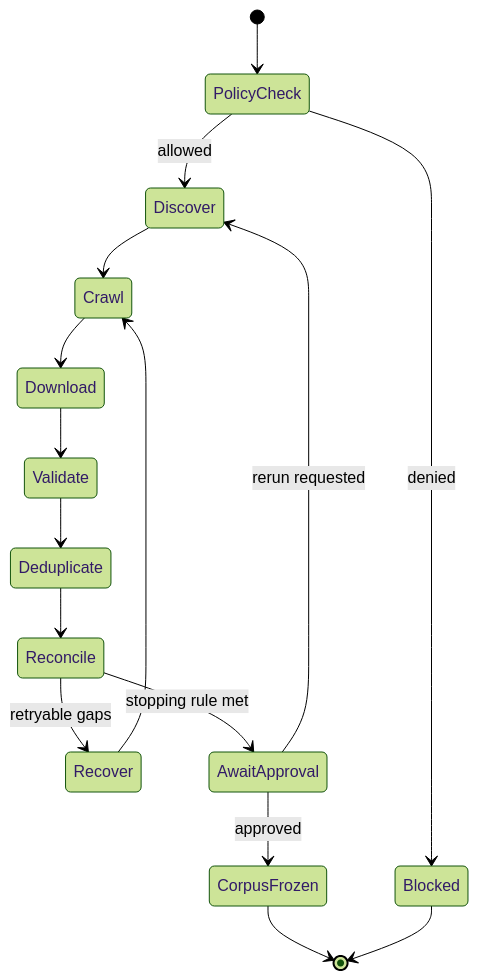
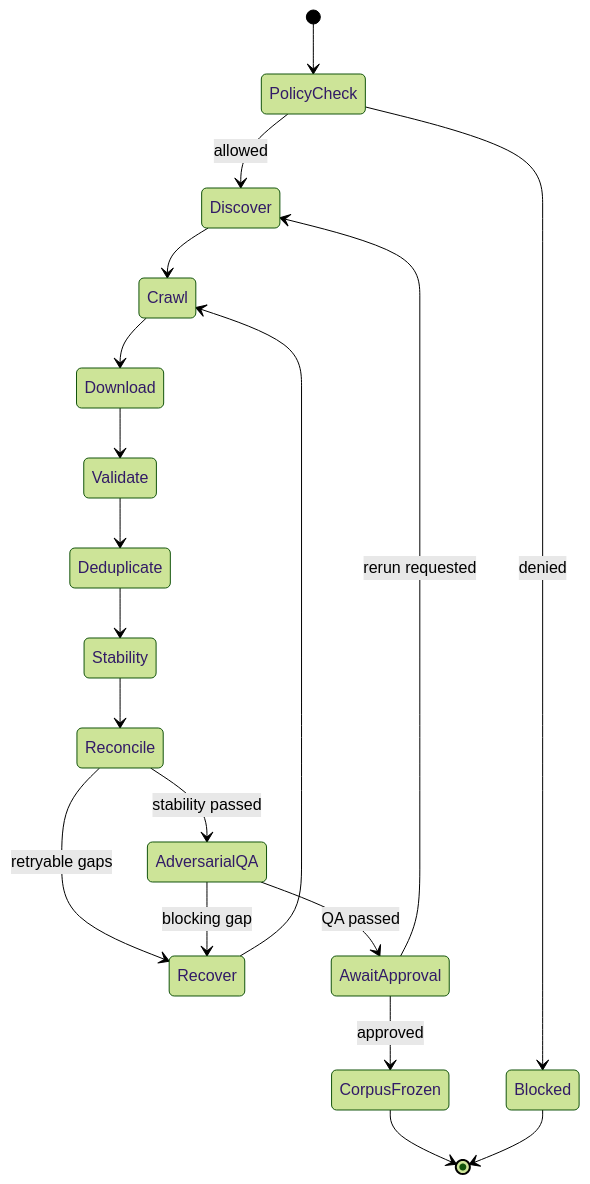
One commit to madhugraj/okf changed the second of 2 diagrams in docs/architecture.md. Above: the diagram before and after it, drawn with Mermaid (forest theme). The commit also changed other lines of this file and 25 other files, not shown here.

````diff
--- a/docs/architecture.md
+++ b/docs/architecture.md
@@ -29,18 +31,21 @@
 ```mermaid
 stateDiagram-v2
     [*] --> PolicyCheck
     PolicyCheck --> Discover: allowed
     PolicyCheck --> Blocked: denied
     Discover --> Crawl
     Crawl --> Download
     Download --> Validate
     Validate --> Deduplicate
-    Deduplicate --> Reconcile
+    Deduplicate --> Stability
+    Stability --> Reconcile
     Reconcile --> Recover: retryable gaps
     Recover --> Crawl
-    Reconcile --> AwaitApproval: stopping rule met
+    Reconcile --> AdversarialQA: stability passed
+    AdversarialQA --> Recover: blocking gap
+    AdversarialQA --> AwaitApproval: QA passed
     AwaitApproval --> Discover: rerun requested
     AwaitApproval --> CorpusFrozen: approved
     CorpusFrozen --> [*]
     Blocked --> [*]
 ```
````
